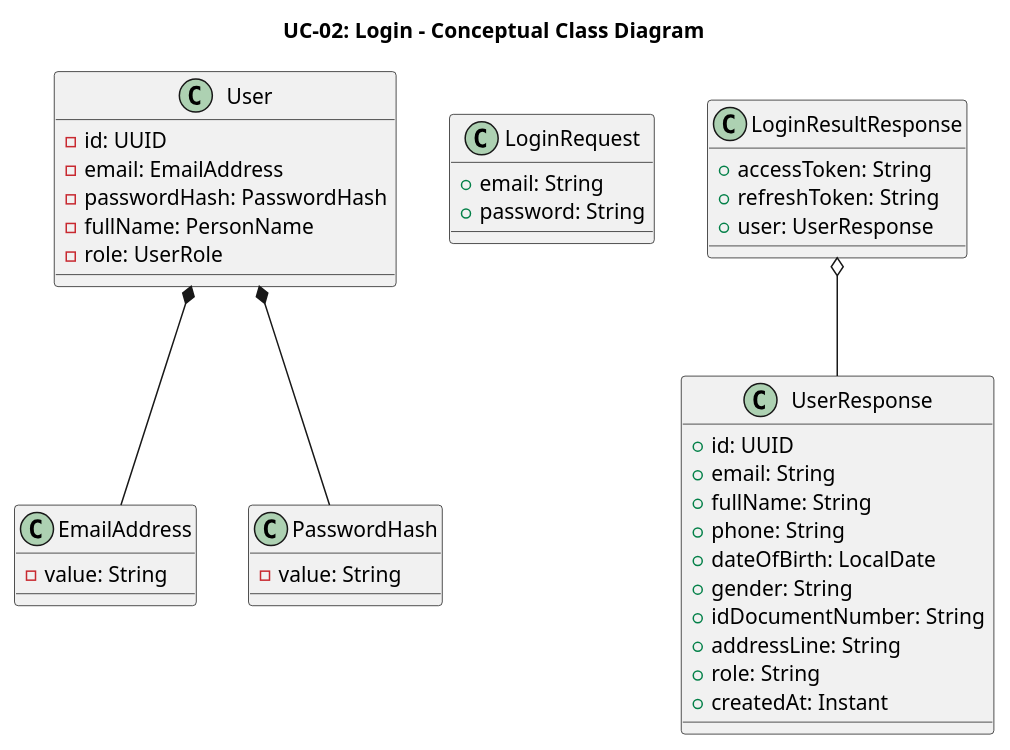
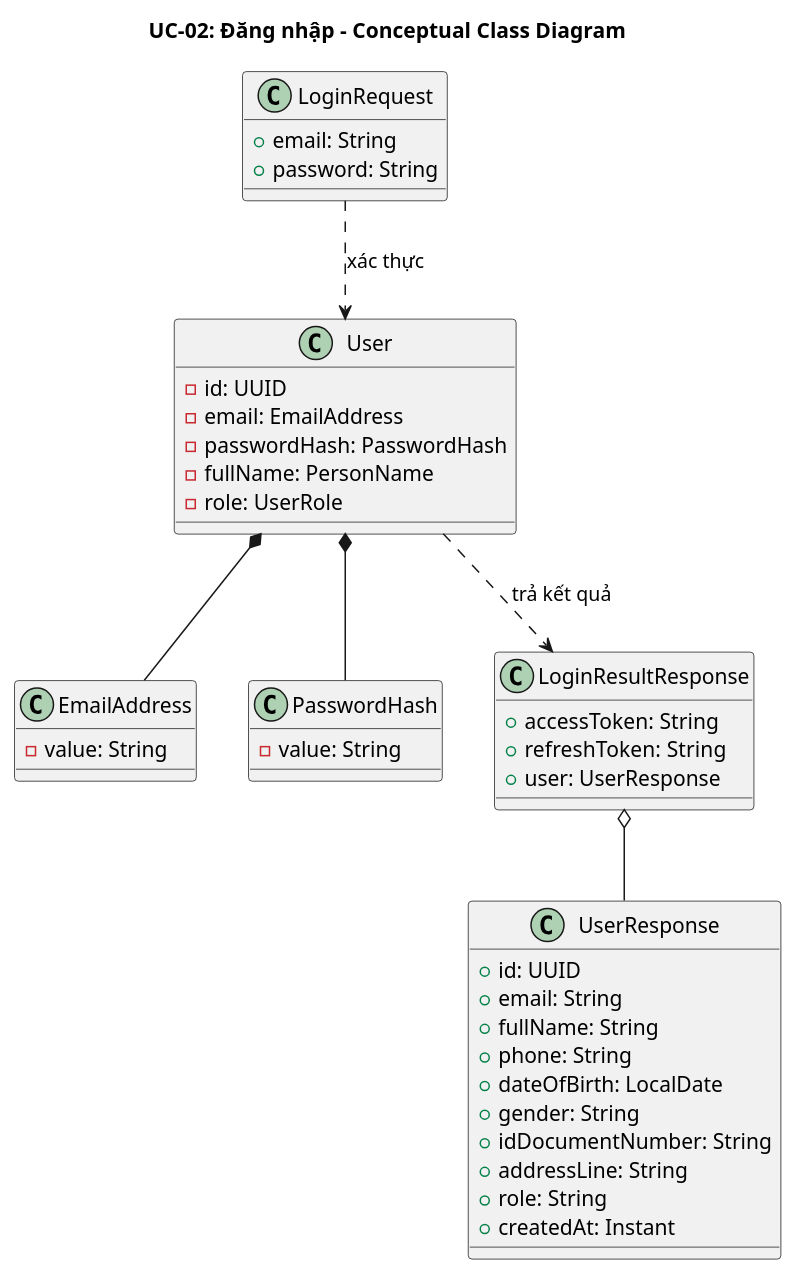
Before and after one commit to Phunguy65/train-ticket-booking-system-plus: the fifth of 7 diagrams in docs/usecases/UC-02-dang-nhap.md, drawn with PlantUML. The commit also changed other lines of this file and 14 other files, not shown here.

````diff
--- a/docs/usecases/UC-02-dang-nhap.md
+++ b/docs/usecases/UC-02-dang-nhap.md
@@ -78,49 +108,51 @@
 ```plantuml
 @startuml UC-02-class
-title UC-02: Login - Conceptual Class Diagram
+title UC-02: Đăng nhập - Conceptual Class Diagram
 
 class "User" as User {
   - id: UUID
   - email: EmailAddress
   - passwordHash: PasswordHash
   - fullName: PersonName
   - role: UserRole
 }
 
 class "EmailAddress" as EmailAddress {
   - value: String
 }
 
 class "PasswordHash" as PasswordHash {
   - value: String
 }
 
 class "LoginRequest" as LoginRequest {
   + email: String
   + password: String
 }
 
 class "LoginResultResponse" as LoginResultResponse {
   + accessToken: String
   + refreshToken: String
   + user: UserResponse
 }
 
 class "UserResponse" as UserResponse {
   + id: UUID
   + email: String
   + fullName: String
   + phone: String
   + dateOfBirth: LocalDate
   + gender: String
   + idDocumentNumber: String
   + addressLine: String
   + role: String
   + createdAt: Instant
 }
 
 User *-- EmailAddress
 User *-- PasswordHash
+LoginRequest ..> User : xác thực
+User ..> LoginResultResponse : trả kết quả
 LoginResultResponse o-- UserResponse
 @enduml
 ```
````
